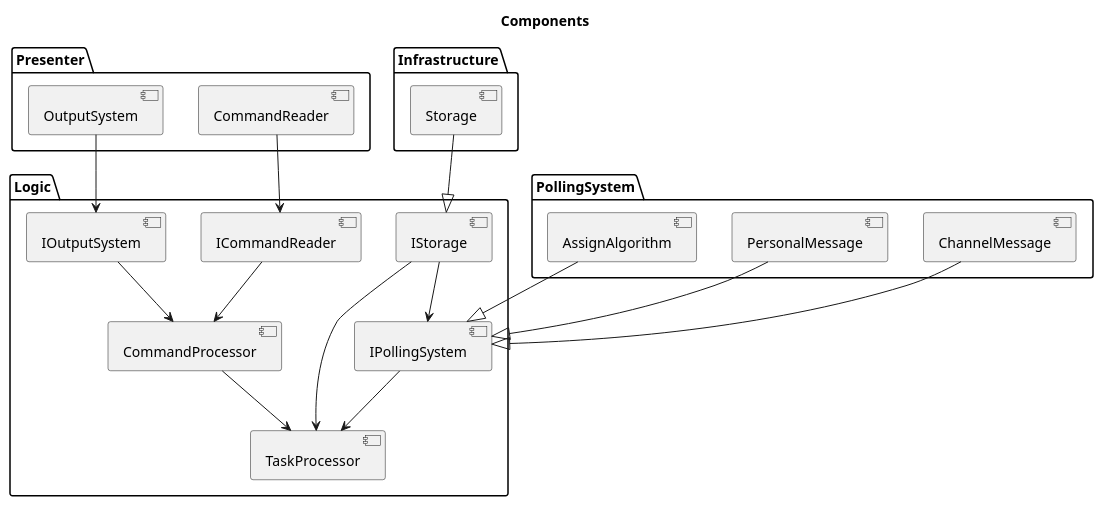
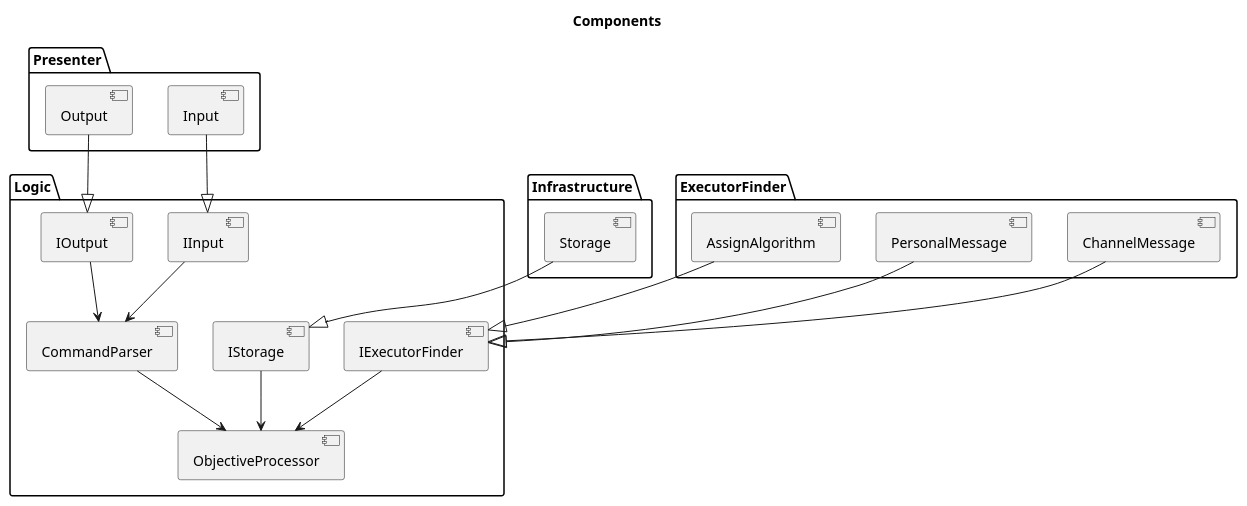
One commit to Plasmat1x/PaulBot changed the diagram in Doc/puml.src/Components.puml. Above: the diagram before and after it, drawn with PlantUML. The commit also changed 6 other files, not shown here.

Commit message:
Update work.md, add scenario.md add diagramms

```diff
--- a/Doc/puml.src/Components.puml
+++ b/Doc/puml.src/Components.puml
@@ -1,44 +1,43 @@
 @startuml Components
     Title Components
 
     package "Presenter"{
-        [CommandReader]
-        [OutputSystem]
+        [Input]
+        [Output]
     }
 
     package "Logic"{
-        [ICommandReader]
-        [IOutputSystem]
-        [CommandProcessor]
-        [IPollingSystem]
+        [IInput]
+        [IOutput]
+        [CommandParser]
+        [IExecutorFinder]
         [IStorage]
-        [TaskProcessor]
+        [ObjectiveProcessor]
     }
 
     package "Infrastructure"{
         [Storage]
     }
 
-    package "PollingSystem"{
+    package "ExecutorFinder"{
         [ChannelMessage]
         [PersonalMessage]
         [AssignAlgorithm]
     }
 
-    [CommandReader] --> [ICommandReader]
-    [OutputSystem] --> [IOutputSystem]
+    [Input] --|> [IInput]
+    [Output] --|> [IOutput]
 
-    [ICommandReader] --> [CommandProcessor] 
-    [IOutputSystem] --> [CommandProcessor]
-    [CommandProcessor] --> [TaskProcessor]
-    [IPollingSystem] --> [TaskProcessor]
-    [IStorage] --> [IPollingSystem]
-    [IStorage] --> [TaskProcessor]
+    [IInput] --> [CommandParser] 
+    [IOutput] --> [CommandParser]
+    [CommandParser] --> [ObjectiveProcessor]
+    [IExecutorFinder] --> [ObjectiveProcessor]
+    [IStorage] --> [ObjectiveProcessor]
     
 
-    [ChannelMessage] --|> [IPollingSystem]
-    [PersonalMessage] --|> [IPollingSystem]
-    [AssignAlgorithm] --|> [IPollingSystem]
+    [ChannelMessage] --|> [IExecutorFinder]
+    [PersonalMessage] --|> [IExecutorFinder]
+    [AssignAlgorithm] --|> [IExecutorFinder]
 
     [Storage] --|> [IStorage]
 @enduml
```
